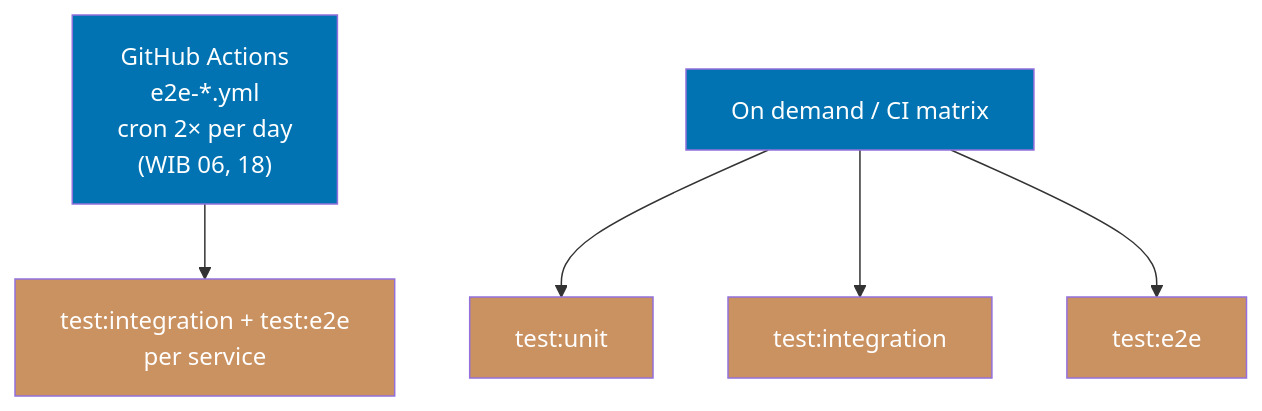
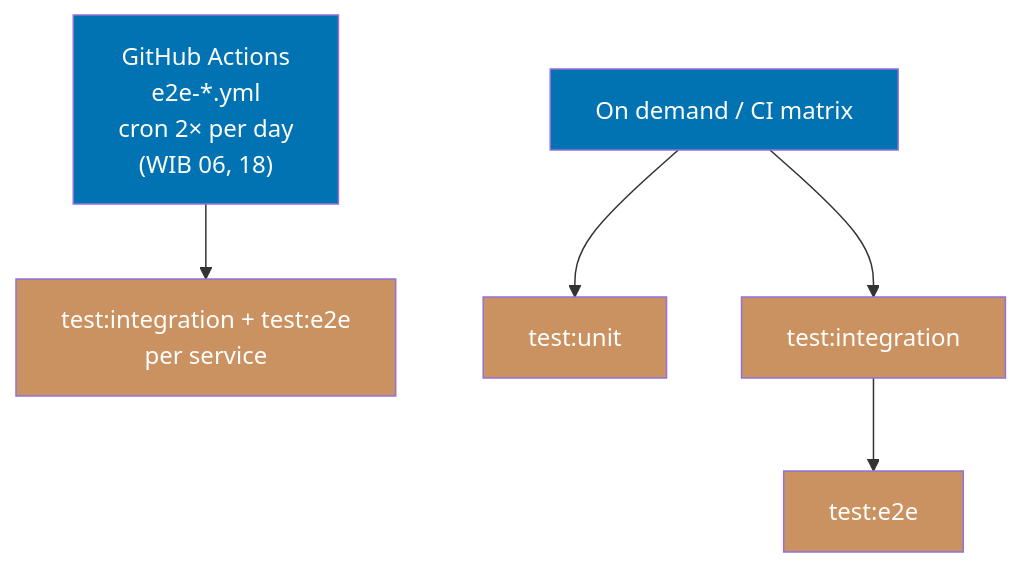
One commit to wahidyankf/open-sharia-enterprise changed the second of 2 diagrams in governance/development/infra/nx-targets.md. Above: the diagram before and after it, drawn with Mermaid. The commit also changed other lines of this file and 15 other files, not shown here.

First line of the commit message:
fix(governance): fix pre-existing mermaid diagram violations in governance docs

````diff
--- a/governance/development/infra/nx-targets.md
+++ b/governance/development/infra/nx-targets.md
@@ -67,15 +65,15 @@
 ```mermaid
 flowchart TD
     H2["GitHub Actions<br/>e2e-*.yml<br/>cron 2× per day<br/>(WIB 06, 18)"] --> I2["test:integration + test:e2e<br/>per service"]
 
     J[On demand / CI matrix] --> K[test:unit]
     J --> L[test:integration]
-    J --> M[test:e2e]
+    L --> M[test:e2e]
 
     style H2 fill:#0173B2,color:#fff
     style I2 fill:#CA9161,color:#fff
     style J fill:#0173B2,color:#fff
     style K fill:#CA9161,color:#fff
     style L fill:#CA9161,color:#fff
     style M fill:#CA9161,color:#fff
 ```
````
